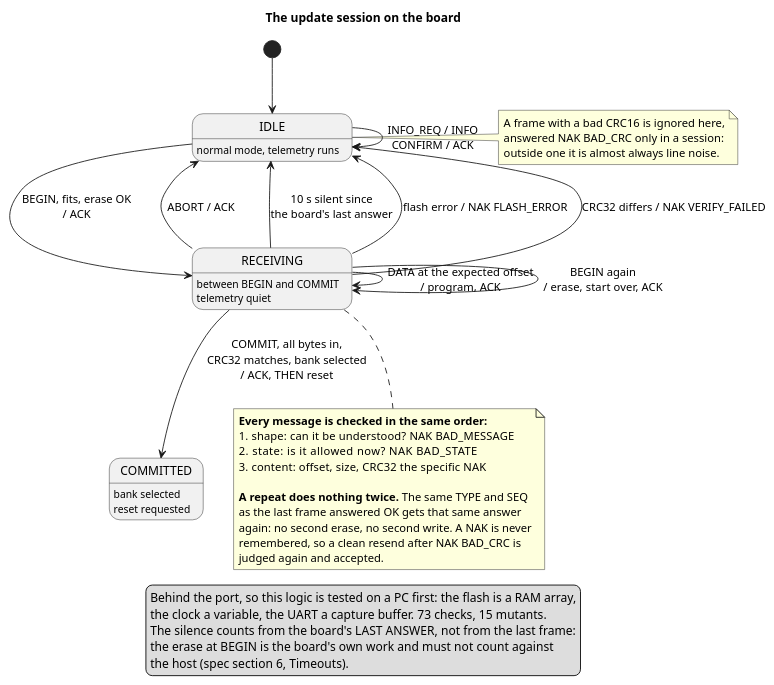
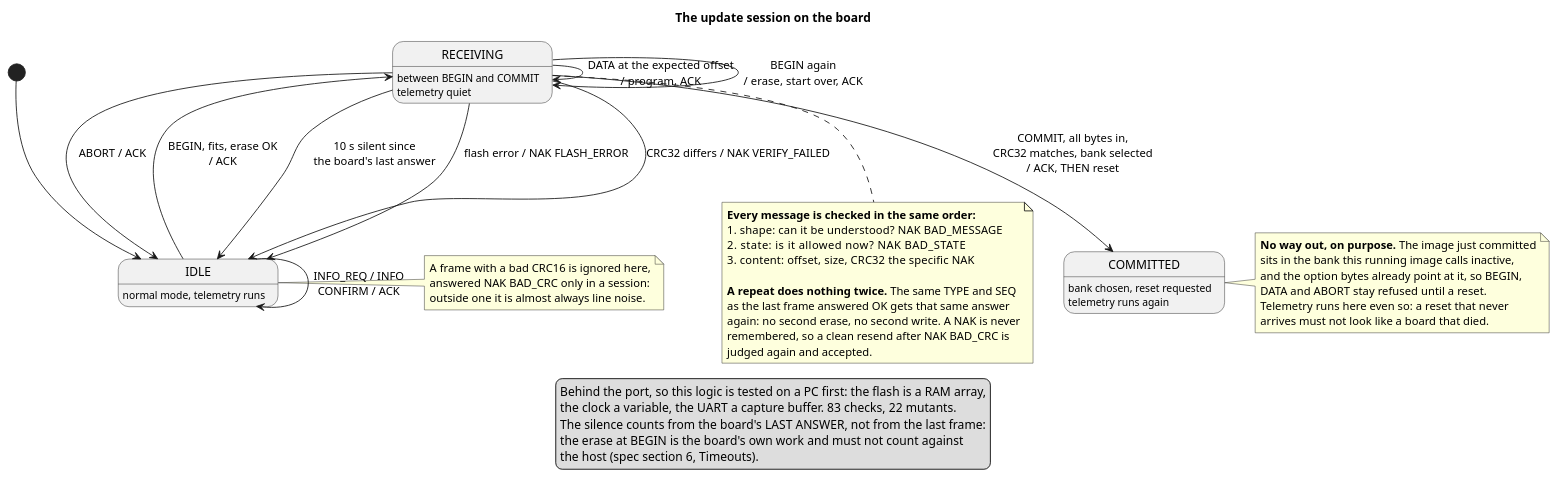
Before and after one commit to bogdanbaloi/hmi-edge-node: the diagram in docs/uml/ota-update.puml, drawn with PlantUML. The commit also changed 4 other files, not shown here.

```diff
--- a/docs/uml/ota-update.puml
+++ b/docs/uml/ota-update.puml
@@ -1,53 +1,62 @@
 @startuml ota-update
 ' The OTA update state machine on the target.
 ' Grounded in Src/ota_update.c and in industrial-hmi
 ' docs/protocols/uart-flash-v1.md, sections 4 to 6 (AGREED).
 
 title The update session on the board
 
 skinparam shadowing false
 
 [*] --> IDLE
 
 state IDLE : normal mode, telemetry runs
 state RECEIVING : between BEGIN and COMMIT\ntelemetry quiet
-state COMMITTED : bank selected\nreset requested
+state COMMITTED : bank chosen, reset requested\ntelemetry runs again
 
 IDLE --> RECEIVING : BEGIN, fits, erase OK\n/ ACK
 RECEIVING --> RECEIVING : DATA at the expected offset\n/ program, ACK
 RECEIVING --> RECEIVING : BEGIN again\n/ erase, start over, ACK
 RECEIVING --> COMMITTED : COMMIT, all bytes in,\nCRC32 matches, bank selected\n/ ACK, THEN reset
 RECEIVING --> IDLE : ABORT / ACK
 RECEIVING --> IDLE : 10 s silent since\nthe board's last answer
 RECEIVING --> IDLE : flash error / NAK FLASH_ERROR
 RECEIVING --> IDLE : CRC32 differs / NAK VERIFY_FAILED
 IDLE --> IDLE : INFO_REQ / INFO\nCONFIRM / ACK
+
+note right of COMMITTED
+  **No way out, on purpose.** The image just committed
+  sits in the bank this running image calls inactive,
+  and the option bytes already point at it, so BEGIN,
+  DATA and ABORT stay refused until a reset.
+  Telemetry runs here even so: a reset that never
+  arrives must not look like a board that died.
+end note
 
 note right of IDLE
   A frame with a bad CRC16 is ignored here,
   answered NAK BAD_CRC only in a session:
   outside one it is almost always line noise.
 end note
 
 note bottom of RECEIVING
   **Every message is checked in the same order:**
   1. shape: can it be understood?   NAK BAD_MESSAGE
   2. state: is it allowed now?      NAK BAD_STATE
   3. content: offset, size, CRC32   the specific NAK
 
   **A repeat does nothing twice.** The same TYPE and SEQ
   as the last frame answered OK gets that same answer
   again: no second erase, no second write. A NAK is never
   remembered, so a clean resend after NAK BAD_CRC is
   judged again and accepted.
 end note
 
 legend bottom
   Behind the port, so this logic is tested on a PC first: the flash is a RAM array,
-  the clock a variable, the UART a capture buffer. 73 checks, 15 mutants.
+  the clock a variable, the UART a capture buffer. 83 checks, 22 mutants.
   The silence counts from the board's LAST ANSWER, not from the last frame:
   the erase at BEGIN is the board's own work and must not count against
   the host (spec section 6, Timeouts).
 endlegend
 
 @enduml
```
